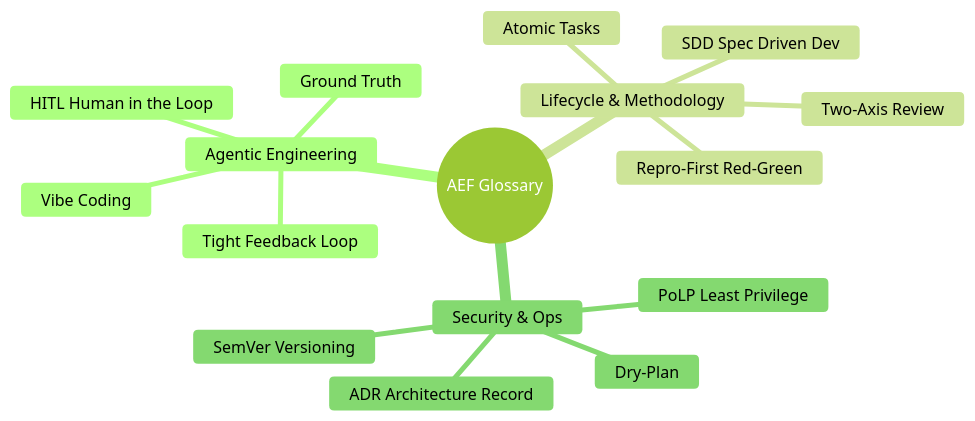
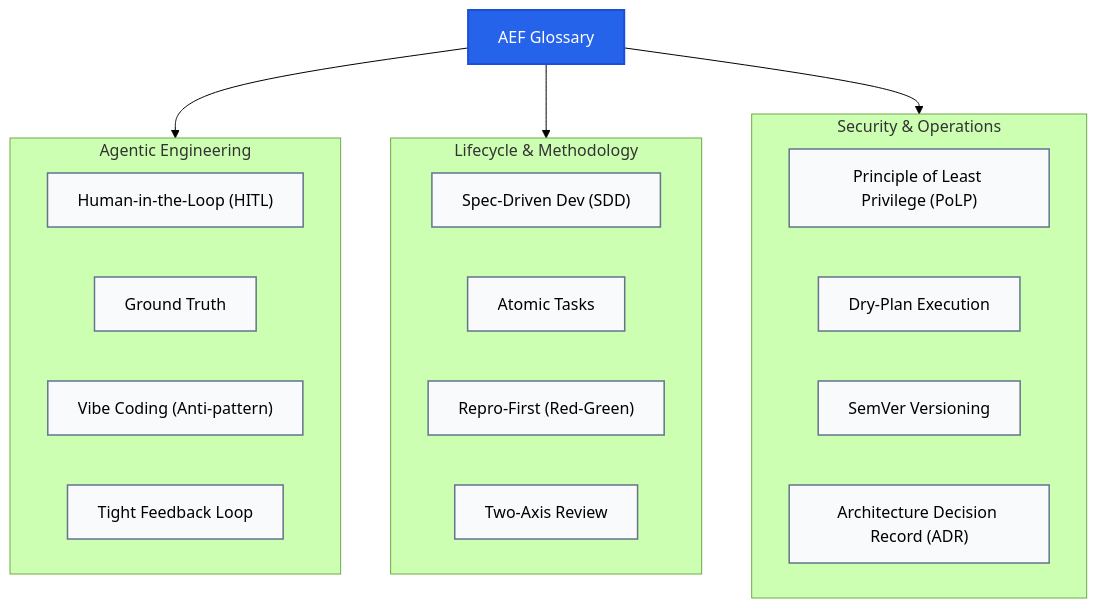
Before and after one commit to jmblanco/agentic-engineering-framework: the diagram in docs/GLOSSARY.md, drawn with Mermaid (forest theme). The commit also changed other lines of this file, not shown here.

Commit message:
fix(docs): replace unsupported mermaid mindmap with graph TD in GLOSSARY.md

````diff
--- a/docs/GLOSSARY.md
+++ b/docs/GLOSSARY.md
@@ -7,19 +7,34 @@
 ```mermaid
-mindmap
-  root((AEF Glossary))
-    Agentic Engineering
-      HITL Human in the Loop
-      Ground Truth
-      Vibe Coding
-      Tight Feedback Loop
-    Lifecycle & Methodology
-      SDD Spec Driven Dev
-      Atomic Tasks
-      Repro-First Red-Green
-      Two-Axis Review
-    Security & Ops
-      PoLP Least Privilege
-      Dry-Plan
-      SemVer Versioning
-      ADR Architecture Record
+graph TD
+    Root["AEF Glossary"]
+
+    subgraph AE["Agentic Engineering"]
+        HITL["Human-in-the-Loop (HITL)"]
+        GT["Ground Truth"]
+        VC["Vibe Coding (Anti-pattern)"]
+        TFL["Tight Feedback Loop"]
+    end
+
+    subgraph LM["Lifecycle & Methodology"]
+        SDD["Spec-Driven Dev (SDD)"]
+        AT["Atomic Tasks"]
+        RF["Repro-First (Red-Green)"]
+        TAR["Two-Axis Review"]
+    end
+
+    subgraph SO["Security & Operations"]
+        PoLP["Principle of Least Privilege (PoLP)"]
+        DP["Dry-Plan Execution"]
+        SV["SemVer Versioning"]
+        ADR["Architecture Decision Record (ADR)"]
+    end
+
+    Root --> AE
+    Root --> LM
+    Root --> SO
+
+    classDef rootStyle fill:#2563eb,stroke:#1d4ed8,stroke-width:2px,color:#ffffff;
+    classDef subStyle fill:#f8fafc,stroke:#64748b,stroke-width:1.5px;
+    class Root rootStyle;
+    class HITL,GT,VC,TFL,SDD,AT,RF,TAR,PoLP,DP,SV,ADR subStyle;
 ```
````
